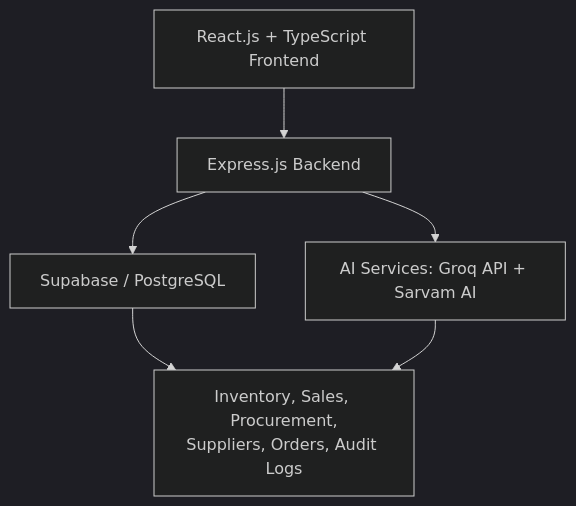
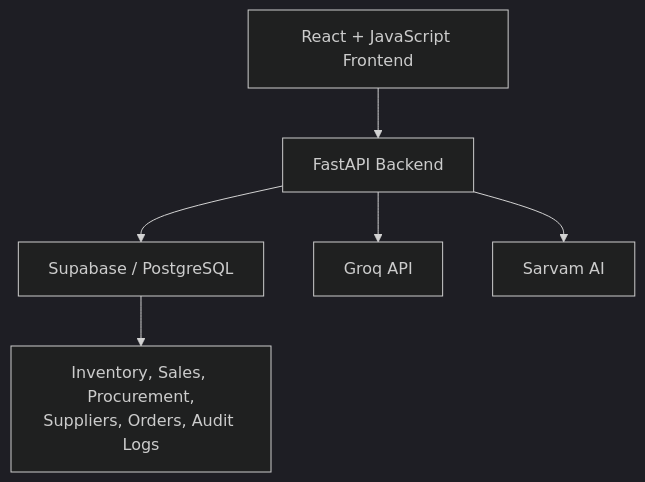
The diagram in README.md (Trrr10/StockOS), drawn with Mermaid (dark theme) before and after one commit. The commit also changed other lines of this file, not shown here.

````diff
--- a/README.md
+++ b/README.md
@@ -117,8 +145,8 @@
 ```mermaid
 flowchart TD
-    A[React.js + TypeScript Frontend] --> B[Express.js Backend]
+    A[React + JavaScript Frontend] --> B[FastAPI Backend]
     B --> C[Supabase / PostgreSQL]
-    B --> D[AI Services: Groq API + Sarvam AI]
-    C --> E[Inventory, Sales, Procurement,<br/>Suppliers, Orders, Audit Logs]
-    D --> E
+    B --> D[Groq API]
+    B --> E[Sarvam AI]
+    C --> F[Inventory, Sales, Procurement,<br/>Suppliers, Orders, Audit Logs]
 ```
````
